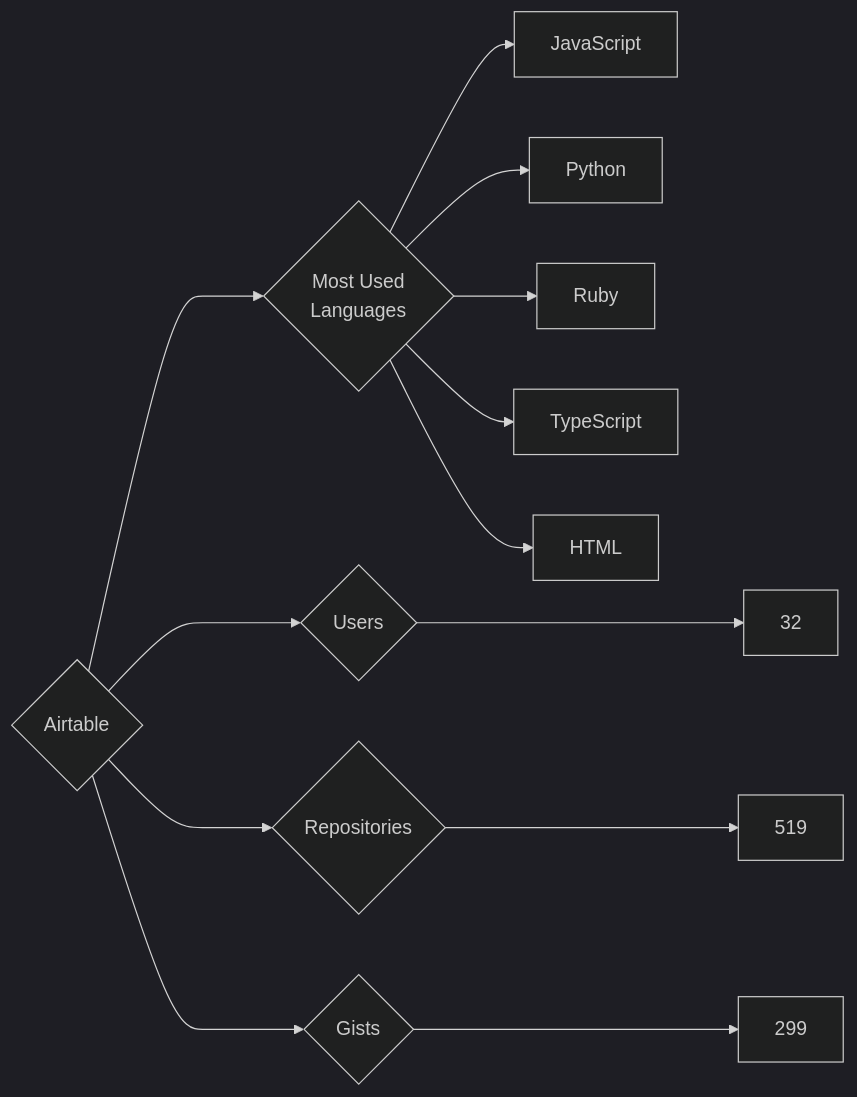
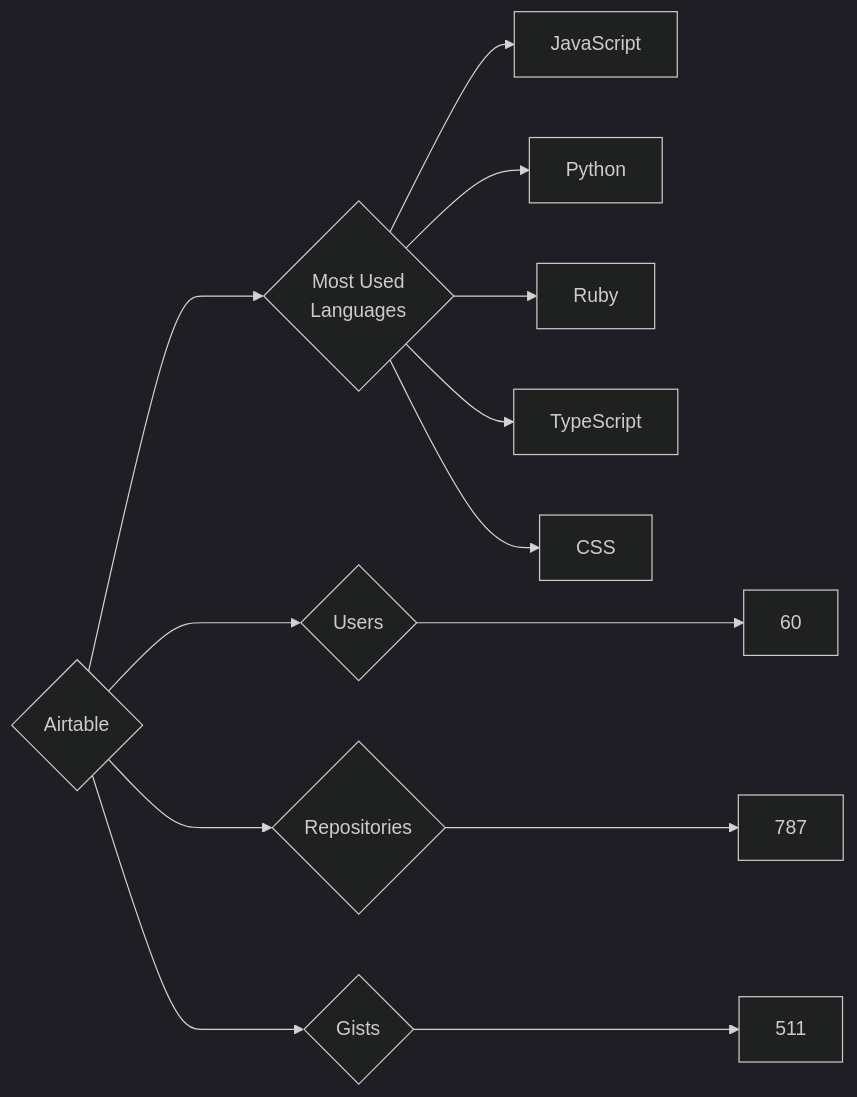
One commit to trickest/insiders changed the diagram in targets/Airtable/README.md. Above: the diagram before and after it, drawn with Mermaid (dark theme). The commit also changed 932 other files, not shown here.

````diff
--- a/targets/Airtable/README.md
+++ b/targets/Airtable/README.md
@@ -3,13 +3,13 @@
 ```mermaid
 graph LR
 COMPANY_NAME{Airtable}
-COMPANY_NAME ---> U{Users} ---> UN[32]
-COMPANY_NAME ---> R{Repositories} ---> RN[519]
-COMPANY_NAME ---> G{Gists} ---> GN[299]
+COMPANY_NAME ---> U{Users} ---> UN[60]
+COMPANY_NAME ---> R{Repositories} ---> RN[787]
+COMPANY_NAME ---> G{Gists} ---> GN[511]
 COMPANY_NAME ---> ML{Most Used<br>Languages}
 ML --> JavaScript[JavaScript]
 ML --> Python[Python]
 ML --> Ruby[Ruby]
 ML --> TypeScript[TypeScript]
-ML --> HTML[HTML]
+ML --> CSS[CSS]
 ```
````
